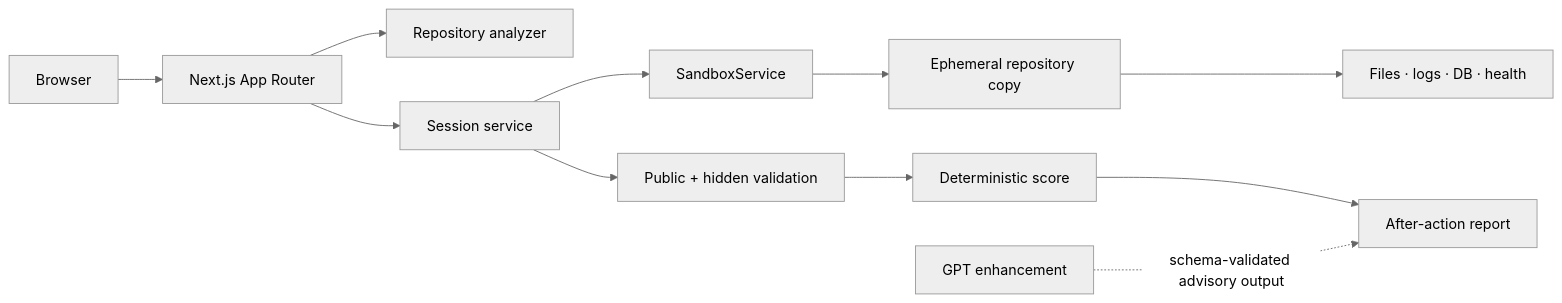
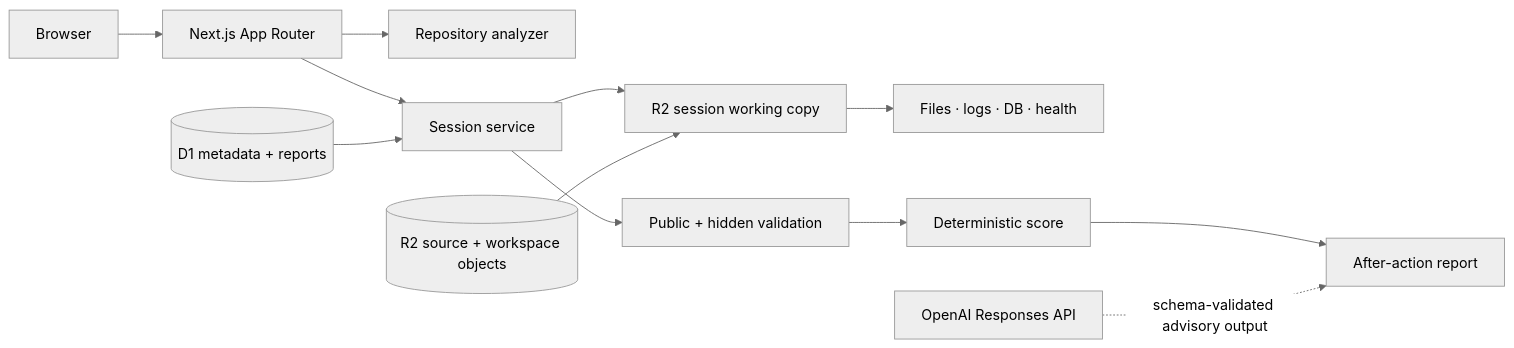
Before and after one commit to agcodin/reporehearsal: the diagram in README.md, drawn with Mermaid (neutral theme). The commit also changed other lines of this file and 63 other files, not shown here.

````diff
--- a/README.md
+++ b/README.md
@@ -27,13 +27,14 @@
 ```mermaid
 flowchart LR
   Browser --> Next[Next.js App Router]
   Next --> Analyzer[Repository analyzer]
   Next --> Session[Session service]
-  Session --> Sandbox[SandboxService]
-  Sandbox --> Copy[Ephemeral repository copy]
+  Session --> Copy[R2 session working copy]
   Copy --> Evidence[Files · logs · DB · health]
   Session --> Validator[Public + hidden validation]
   Validator --> Score[Deterministic score]
   Score --> Report[After-action report]
-  AI[GPT enhancement] -. schema-validated advisory output .-> Report
+  D1[(D1 metadata + reports)] --> Session
+  R2[(R2 source + workspace objects)] --> Copy
+  AI[OpenAI Responses API] -. schema-validated advisory output .-> Report
 ```
````
